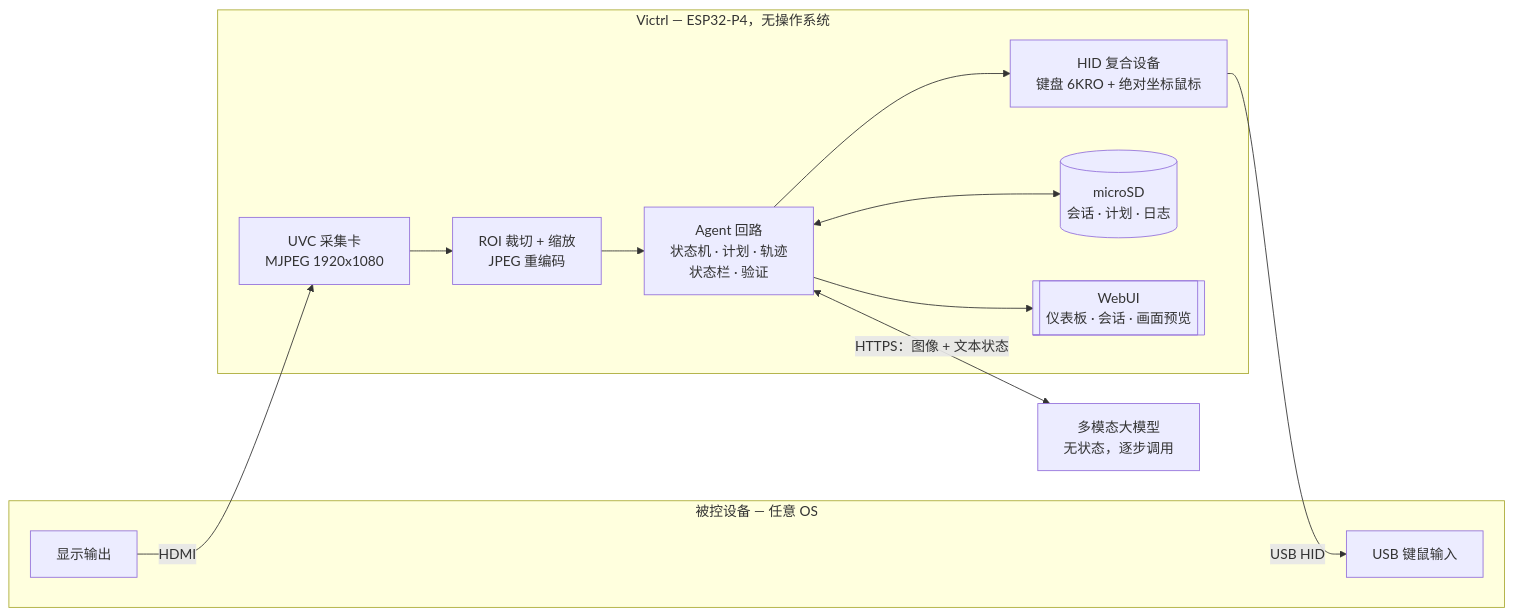
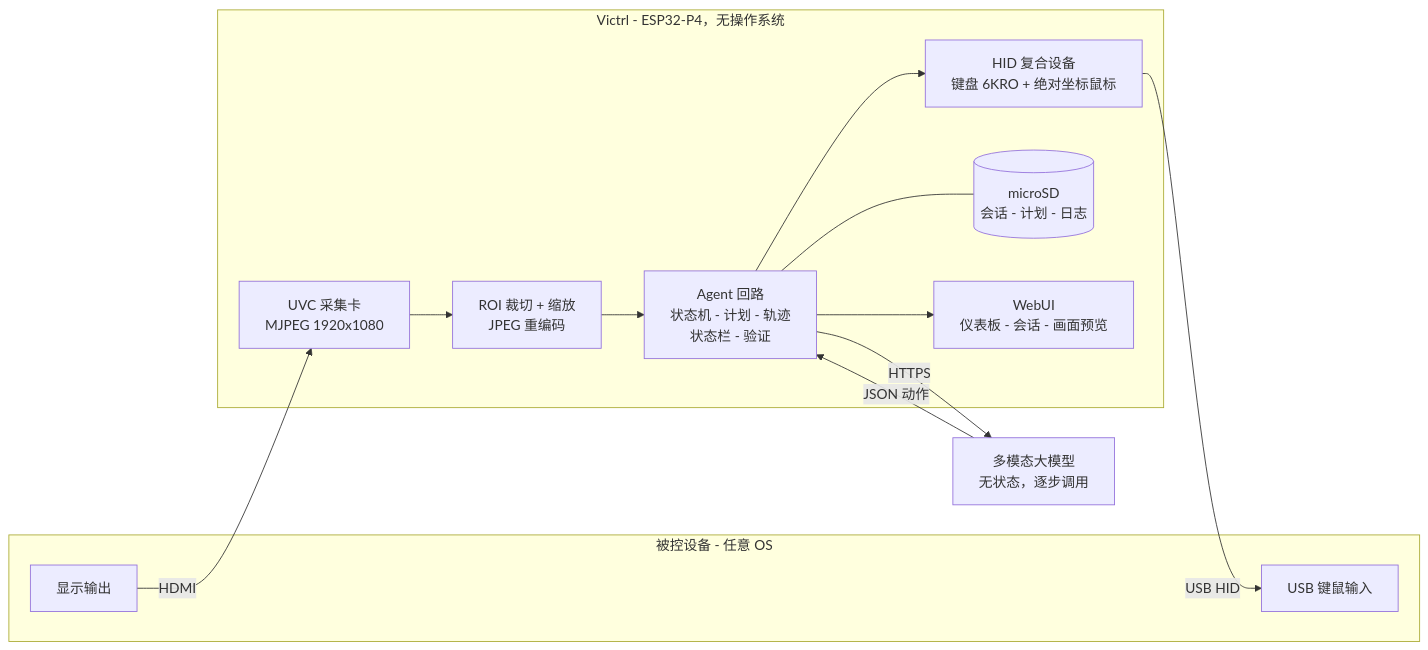
One commit to Dioxgen/Victrl changed the diagram in README_CN.md. Above: the diagram before and after it, drawn with Mermaid. The commit also changed other lines of this file and 8 other files, not shown here.

First line of the commit message:
docs: add hardware photos, fix the Mermaid diagram, fold the wiki into docs/

````diff
--- a/README_CN.md
+++ b/README_CN.md
@@ -51,27 +51,28 @@
 ```mermaid
 graph LR
-    subgraph Target["被控设备 — 任意 OS"]
+    subgraph Target["被控设备 - 任意 OS"]
         Screen[显示输出]
         HIDin[USB 键鼠输入]
     end
 
-    subgraph Victrl["Victrl — ESP32-P4，无操作系统"]
+    subgraph Victrl["Victrl - ESP32-P4，无操作系统"]
         UVC["UVC 采集卡<br/>MJPEG 1920x1080"]
         Prep["ROI 裁切 + 缩放<br/>JPEG 重编码"]
-        Loop["Agent 回路<br/>状态机 · 计划 · 轨迹<br/>状态栏 · 验证"]
+        Loop["Agent 回路<br/>状态机 - 计划 - 轨迹<br/>状态栏 - 验证"]
         HIDout["HID 复合设备<br/>键盘 6KRO + 绝对坐标鼠标"]
-        SD[("microSD<br/>会话 · 计划 · 日志")]
-        Web[["WebUI<br/>仪表板 · 会话 · 画面预览"]]
+        SD[("microSD<br/>会话 - 计划 - 日志")]
+        Web["WebUI<br/>仪表板 - 会话 - 画面预览"]
     end
 
     Cloud["多模态大模型<br/>无状态，逐步调用"]
 
     Screen -->|HDMI| UVC
     UVC --> Prep
     Prep --> Loop
     Loop --> HIDout
     HIDout -->|USB HID| HIDin
-    Loop <--> SD
+    Loop --- SD
     Loop --> Web
-    Loop <-->|HTTPS：图像 + 文本状态| Cloud
+    Loop -->|HTTPS| Cloud
+    Cloud -->|JSON 动作| Loop
 ```
````
